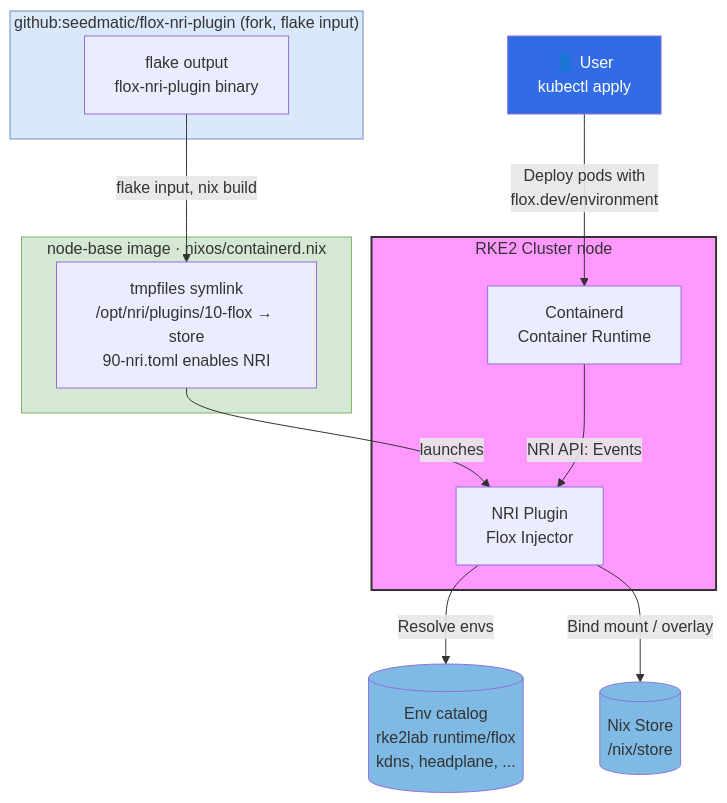
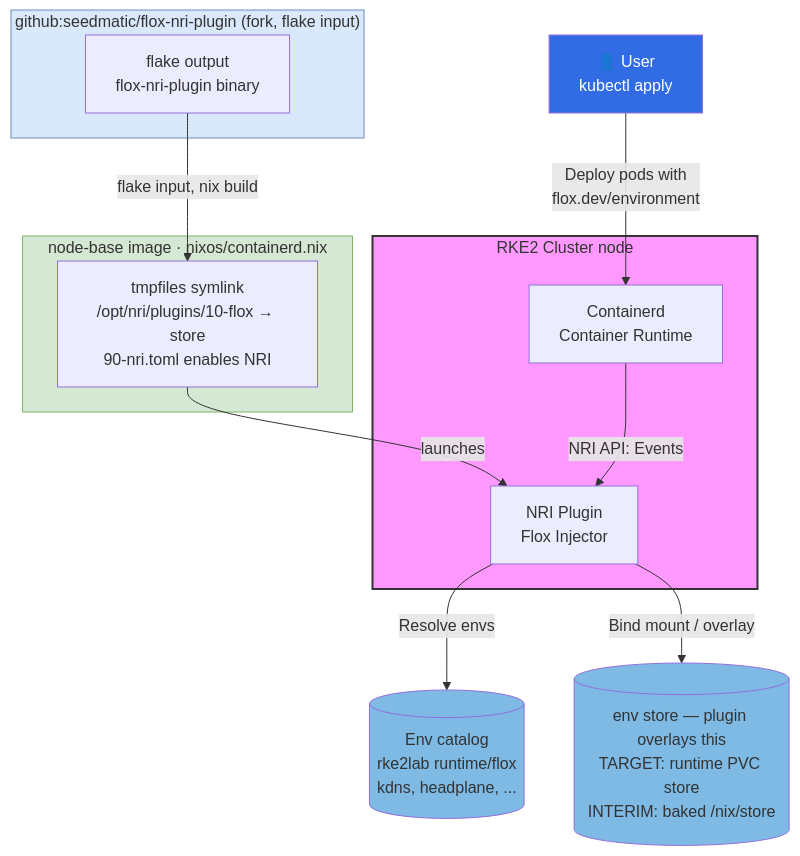
The first of 8 diagrams in docs/architecture/nri-plugin-c4-diagrams.adoc (nxmatic/rke2lab), drawn with Mermaid before and after one commit. The commit also changed other lines of this file and 4 other files, not shown here.

First line of the commit message:
docs(flox): persist runtime env-delivery vision (envs → ZFS-PVC via reconciler)

```diff
--- a/docs/architecture/nri-plugin-c4-diagrams.adoc
+++ b/docs/architecture/nri-plugin-c4-diagrams.adoc
@@ -28,35 +35,35 @@
 [mermaid]
 ....
 flowchart TB
     User[👤 User<br/>kubectl apply]
 
     subgraph Fork["github:seedmatic/flox-nri-plugin (fork, flake input)"]
         ForkFlake[flake output<br/>flox-nri-plugin binary]
     end
 
     subgraph Image["node-base image · nixos/containerd.nix"]
         Bake[tmpfiles symlink<br/>/opt/nri/plugins/10-flox → store<br/>90-nri.toml enables NRI]
     end
 
     subgraph RKE2["RKE2 Cluster node"]
         Containerd[Containerd<br/>Container Runtime]
         NRI[NRI Plugin<br/>Flox Injector]
     end
 
-    Nix[(Nix Store<br/>/nix/store)]
+    Nix[(env store — plugin overlays this<br/>TARGET: runtime PVC store<br/>INTERIM: baked /nix/store)]
     Catalog[(Env catalog<br/>rke2lab runtime/flox<br/>kdns, headplane, ...)]
 
     ForkFlake -->|flake input, nix build| Bake
     Bake -->|launches| NRI
     User -->|Deploy pods with<br/>flox.dev/environment| Containerd
     Containerd -->|NRI API: Events| NRI
     NRI -->|Resolve envs| Catalog
     NRI -->|Bind mount / overlay| Nix
 
     style User fill:#326ce5,color:#fff
     style RKE2 fill:#f9f,stroke:#333,stroke-width:2px
     style Nix fill:#7ebae4
     style Catalog fill:#7ebae4
     style Image fill:#d5e8d4,stroke:#82b366
     style Fork fill:#dae8fc,stroke:#6c8ebf
 ....
```
